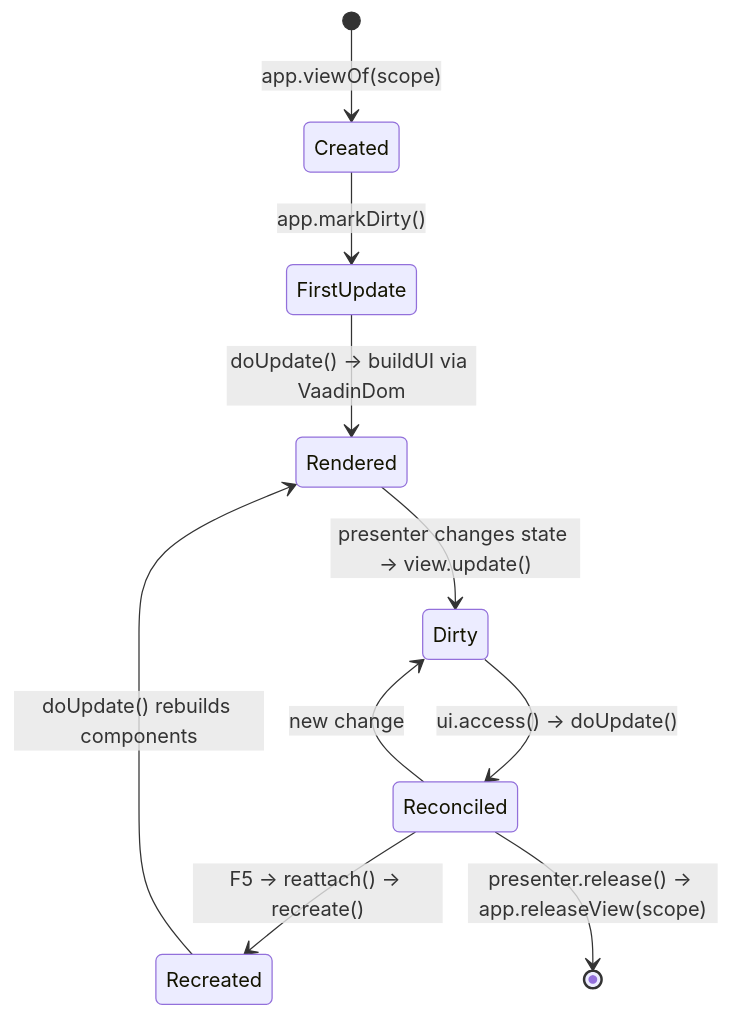
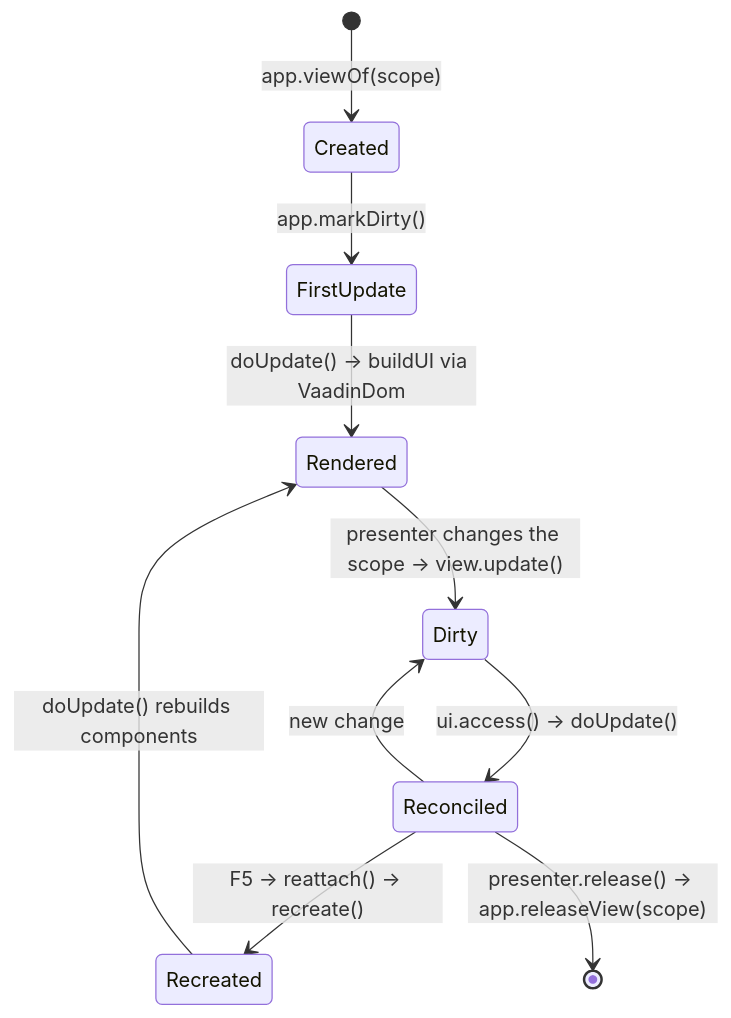
The fourth of 4 diagrams in fontes/br.com.wdc.store/br.com.wdc.store.view.vaadin/README.md (mrcdom/wdc-cube-java-v2), drawn with Mermaid before and after one commit. The commit also changed other lines of this file and 222 other files, not shown here.

First line of the commit message:
♻️ [REFACTOR] ViewState becomes Scope in code, protocol and docs

````diff
--- a/fontes/br.com.wdc.store/br.com.wdc.store.view.vaadin/README.md
+++ b/fontes/br.com.wdc.store/br.com.wdc.store.view.vaadin/README.md
@@ -349,12 +349,12 @@
 ```mermaid
 stateDiagram-v2
     [*] --> Created: app.viewOf(scope)
     Created --> FirstUpdate: app.markDirty()
     FirstUpdate --> Rendered: doUpdate() → buildUI via VaadinDom
-    Rendered --> Dirty: presenter changes state → view.update()
+    Rendered --> Dirty: presenter changes the scope → view.update()
     Dirty --> Reconciled: ui.access() → doUpdate()
     Reconciled --> Dirty: new change
     Reconciled --> Recreated: F5 → reattach() → recreate()
     Recreated --> Rendered: doUpdate() rebuilds components
     Reconciled --> [*]: presenter.release() → app.releaseView(scope)
 ```
````
